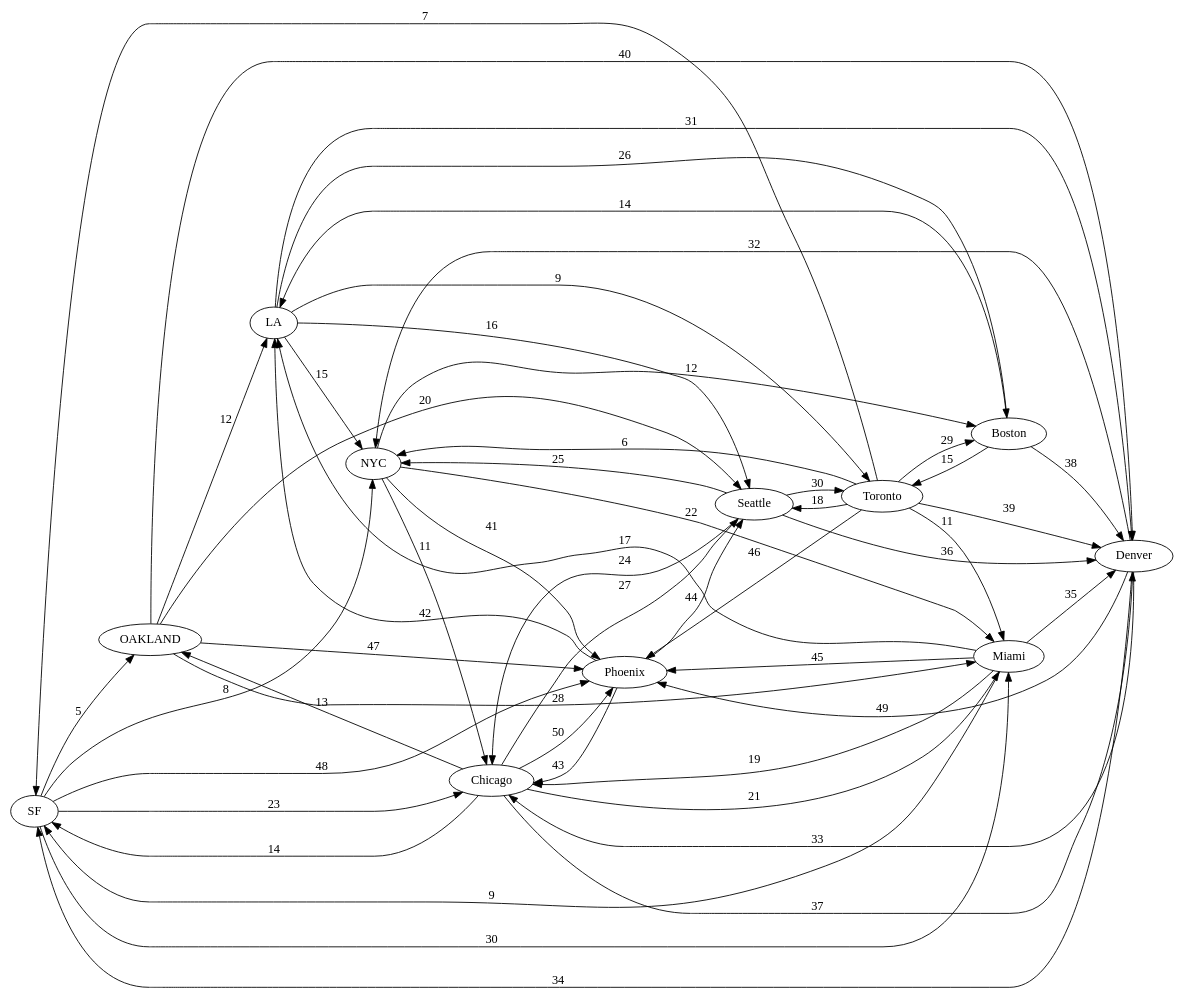
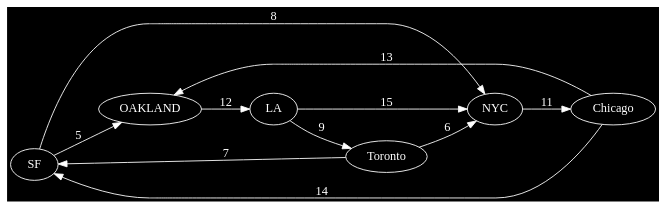
One commit to isco355/cis_25 changed the diagram in final_project/dots/default.dot. Above: the diagram before and after it, drawn with Graphviz. The commit also changed 29 other files, not shown here.

```diff
--- a/final_project/dots/default.dot
+++ b/final_project/dots/default.dot
@@ -1,61 +1,18 @@
 
 digraph {
 rankdir=LR;
+bgcolor="black";
+    node [fontcolor="white",color="white"];
+     edge [color="white",fontcolor="white"];
     SF -> OAKLAND [label="5",weight="5"];
     SF -> NYC [label="8",weight="8"];
     Toronto -> NYC [label="6",weight="6"];
     Toronto -> SF [label="7",weight="7"];
     OAKLAND -> LA [label="12",weight="12"];
     LA -> NYC [label="15",weight="15"];
     LA -> Toronto [label="9",weight="9"];
     NYC -> Chicago [label="11",weight="11"];
     Chicago -> SF [label="14",weight="14"];
     Chicago -> OAKLAND [label="13",weight="13"];
 
-    // Additional 50 edges
-    OAKLAND -> Seattle [label="20",weight="20"];
-    Seattle -> NYC [label="25",weight="25"];
-    Seattle -> Toronto [label="30",weight="30"];
-    Toronto -> Seattle [label="18",weight="18"];
-    NYC -> Miami [label="22",weight="22"];
-    Miami -> LA [label="17",weight="17"];
-    Miami -> Chicago [label="19",weight="19"];
-    LA -> Seattle [label="16",weight="16"];
-    Chicago -> Miami [label="21",weight="21"];
-    SF -> Chicago [label="23",weight="23"];
-
-    NYC -> Boston [label="12",weight="12"];
-    Boston -> Toronto [label="15",weight="15"];
-    Boston -> LA [label="14",weight="14"];
-    Toronto -> Miami [label="11",weight="11"];
-    Miami -> SF [label="9",weight="9"];
-    Seattle -> Chicago [label="24",weight="24"];
-    LA -> Boston [label="26",weight="26"];
-    Chicago -> Seattle [label="27",weight="27"];
-    OAKLAND -> Miami [label="28",weight="28"];
-    Toronto -> Boston [label="29",weight="29"];
-    SF -> Miami [label="30",weight="30"];
-
-    LA -> Denver [label="31",weight="31"];
-    Denver -> NYC [label="32",weight="32"];
-    Denver -> Chicago [label="33",weight="33"];
-    Denver -> SF [label="34",weight="34"];
-    Miami -> Denver [label="35",weight="35"];
-    Seattle -> Denver [label="36",weight="36"];
-    Chicago -> Denver [label="37",weight="37"];
-    Boston -> Denver [label="38",weight="38"];
-    Toronto -> Denver [label="39",weight="39"];
-    OAKLAND -> Denver [label="40",weight="40"];
-
-    NYC -> Phoenix [label="41",weight="41"];
-    Phoenix -> LA [label="42",weight="42"];
-    Phoenix -> Chicago [label="43",weight="43"];
-    Phoenix -> Seattle [label="44",weight="44"];
-    Miami -> Phoenix [label="45",weight="45"];
-    Toronto -> Phoenix [label="46",weight="46"];
-    OAKLAND -> Phoenix [label="47",weight="47"];
-    SF -> Phoenix [label="48",weight="48"];
-    Denver -> Phoenix [label="49",weight="49"];
-    Chicago -> Phoenix [label="50",weight="50"];
-
-    }
+}
```
